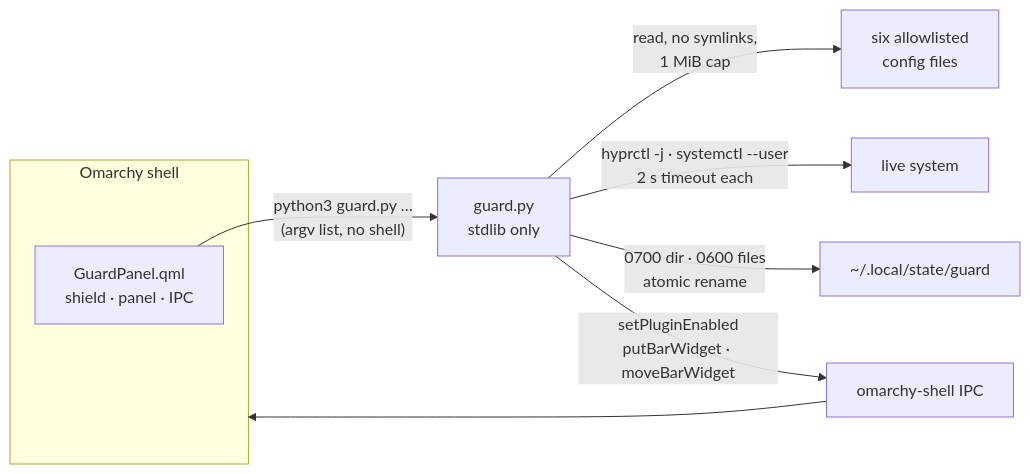
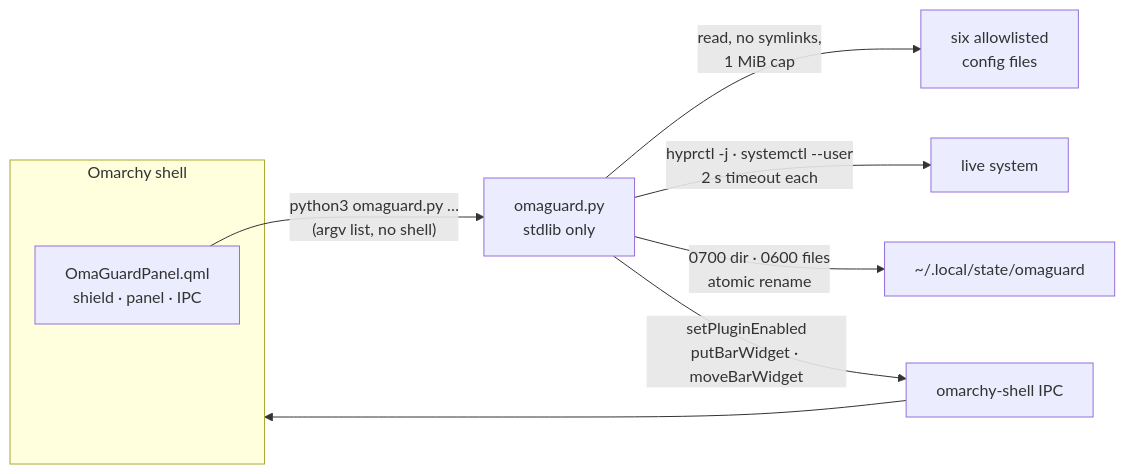
The diagram in README.md (nixfred/omaguard), drawn with Mermaid before and after one commit. The commit also changed other lines of this file and 7 other files, not shown here.

````diff
--- a/README.md
+++ b/README.md
@@ -170,12 +170,12 @@
 ```mermaid
 flowchart LR
     subgraph Bar["Omarchy shell"]
-      W["GuardPanel.qml<br/>shield · panel · IPC"]
+      W["OmaGuardPanel.qml<br/>shield · panel · IPC"]
     end
-    W -- "python3 guard.py …<br/>(argv list, no shell)" --> G["guard.py<br/>stdlib only"]
+    W -- "python3 omaguard.py …<br/>(argv list, no shell)" --> G["omaguard.py<br/>stdlib only"]
     G -- "read, no symlinks,<br/>1 MiB cap" --> C["six allowlisted<br/>config files"]
     G -- "hyprctl -j · systemctl --user<br/>2 s timeout each" --> R["live system"]
-    G -- "0700 dir · 0600 files<br/>atomic rename" --> S["~/.local/state/guard"]
+    G -- "0700 dir · 0600 files<br/>atomic rename" --> S["~/.local/state/omaguard"]
     G -- "setPluginEnabled<br/>putBarWidget · moveBarWidget" --> I["omarchy-shell IPC"]
     I --> Bar
 ```
````
